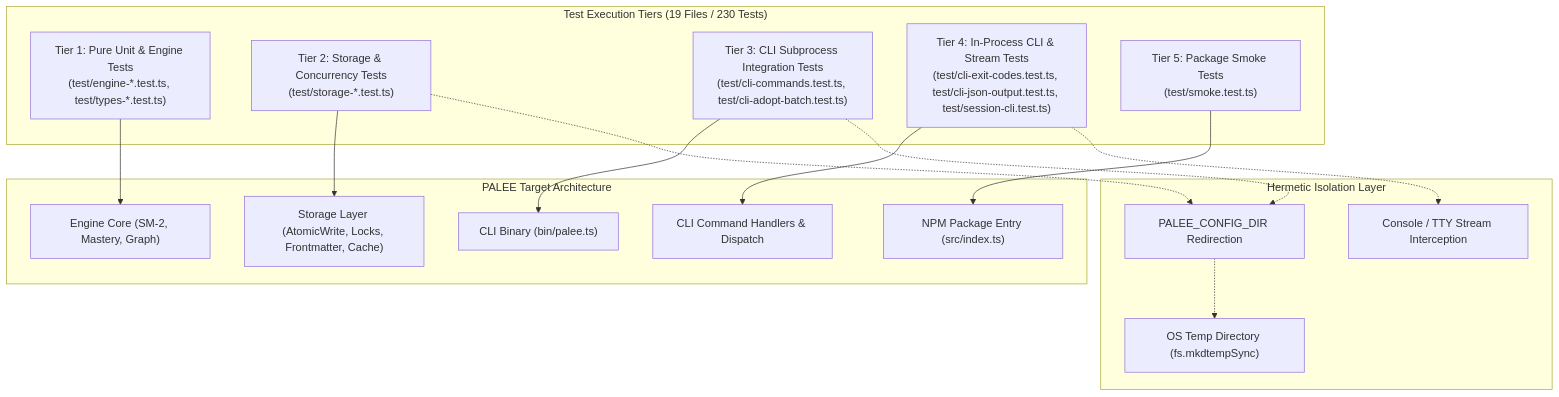
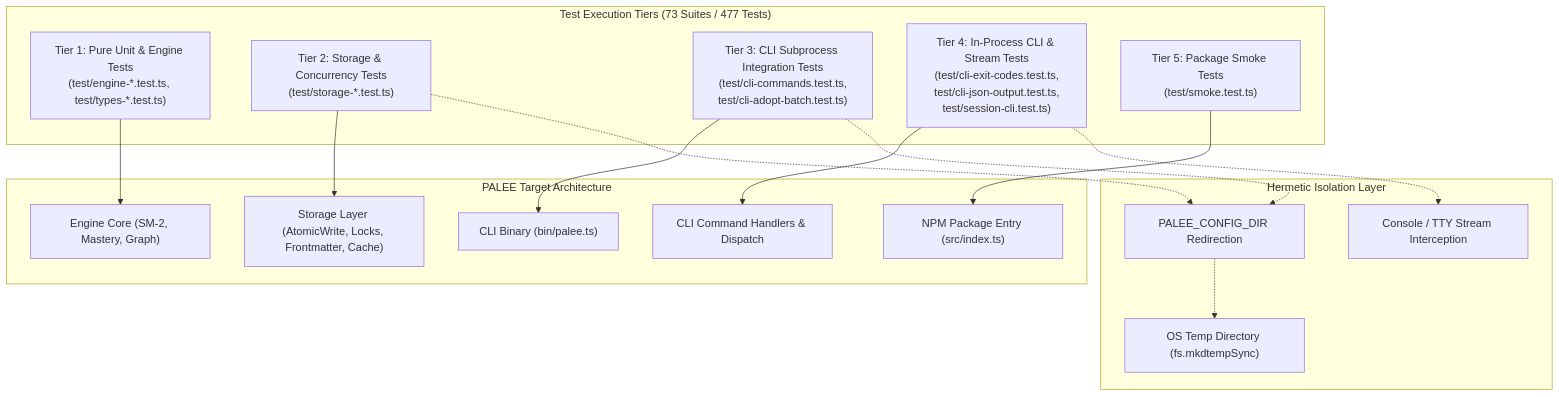
The diagram in docs/06-0-testing.md (Kuldeep2822k/cli), drawn with Mermaid before and after one commit. The commit also changed other lines of this file and 21 other files, not shown here.

Commit message:
docs: resolve documentation audit drift, navigation gaps, and diagram layouts

````diff
--- a/docs/06-0-testing.md
+++ b/docs/06-0-testing.md
@@ -119,34 +119,34 @@
 ```mermaid
 flowchart TD
     subgraph Isolation ["Hermetic Isolation Layer"]
         TempDir["OS Temp Directory (fs.mkdtempSync)"]
         EnvVar["PALEE_CONFIG_DIR Redirection"]
         StreamMock["Console / TTY Stream Interception"]
     end
 
-    subgraph TestTiers ["Test Execution Tiers (19 Files / 230 Tests)"]
+    subgraph TestTiers ["Test Execution Tiers (73 Suites / 477 Tests)"]
         UT["Tier 1: Pure Unit & Engine Tests<br/>(test/engine-*.test.ts, test/types-*.test.ts)"]
         STG["Tier 2: Storage & Concurrency Tests<br/>(test/storage-*.test.ts)"]
-        IT["Tier 3: CLI Subprocess Integration Tests<br/>(test/cli-commands.test.ts, test/cli-adopt-batch.test.ts)"]
-        INP["Tier 4: In-Process CLI & Stream Tests<br/>(test/cli-exit-codes.test.ts, test/cli-json-output.test.ts, test/session-cli.test.ts)"]
+        IT["Tier 3: CLI Subprocess Integration Tests<br/>(test/cli-commands.test.ts,<br/>test/cli-adopt-batch.test.ts)"]
+        INP["Tier 4: In-Process CLI & Stream Tests<br/>(test/cli-exit-codes.test.ts,<br/>test/cli-json-output.test.ts,<br/>test/session-cli.test.ts)"]
         SMK["Tier 5: Package Smoke Tests<br/>(test/smoke.test.ts)"]
     end
 
     subgraph PALEE ["PALEE Target Architecture"]
         Engine["Engine Core (SM-2, Mastery, Graph)"]
         Storage["Storage Layer (AtomicWrite, Locks, Frontmatter, Cache)"]
         CLI["CLI Command Handlers & Dispatch"]
         Bin["CLI Binary (bin/palee.ts)"]
         Pkg["NPM Package Entry (src/index.ts)"]
     end
 
     UT --> Engine
     STG --> Storage
     STG -.-> EnvVar
     IT --> Bin
     IT -.-> EnvVar
     INP --> CLI
     INP -.-> StreamMock
     SMK --> Pkg
     EnvVar -.-> TempDir
 ```
````
